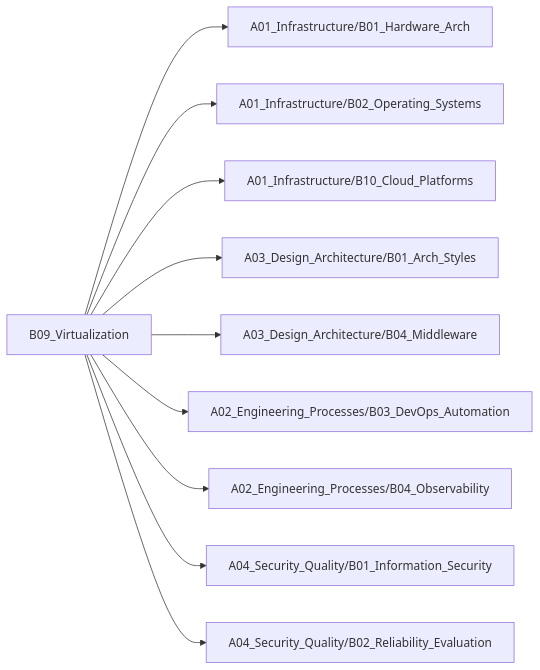
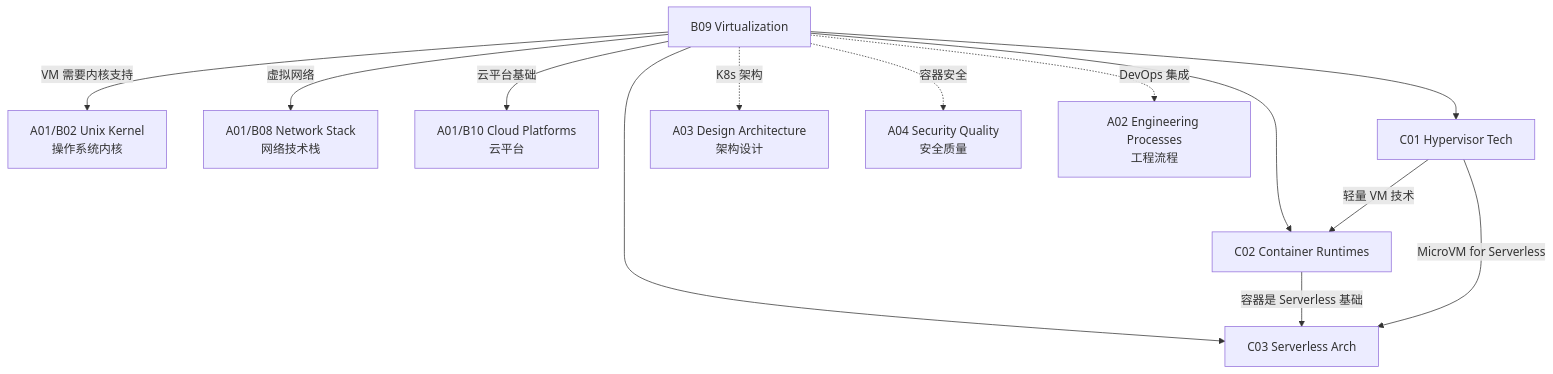
Before and after one commit to yesiops/zco-super-stack: the diagram in A01_Infrastructure/B09_Virtualization/README.md, drawn with Mermaid. The commit also changed other lines of this file, not shown here.

Commit message:
docs: 扩充 B09_Virtualization README.md - 添加Hypervisor、容器运行时和Serverless内容

````diff
--- a/A01_Infrastructure/B09_Virtualization/README.md
+++ b/A01_Infrastructure/B09_Virtualization/README.md
@@ -88,21 +166,23 @@
 ```mermaid
-graph LR
-    B[B09_Virtualization]
-
-    %% 基础设施
-    B --> A01[A01_Infrastructure/B01_Hardware_Arch]
-    B --> A02[A01_Infrastructure/B02_Operating_Systems]
-    B --> A03[A01_Infrastructure/B10_Cloud_Platforms]
-
-    %% 架构设计
-    B --> A04[A03_Design_Architecture/B01_Arch_Styles]
-    B --> A05[A03_Design_Architecture/B04_Middleware]
-
-    %% 工程实践
-    B --> A06[A02_Engineering_Processes/B03_DevOps_Automation]
-    B --> A07[A02_Engineering_Processes/B04_Observability]
-
-    %% 安全质量
-    B --> A08[A04_Security_Quality/B01_Information_Security]
-    B --> A09[A04_Security_Quality/B02_Reliability_Evaluation]
+graph TB
+    B[B09 Virtualization]
+    
+    %% 同层关联
+    B -->|VM 需要内核支持| B02[A01/B02 Unix Kernel<br/>操作系统内核]
+    B -->|虚拟网络| B08[A01/B08 Network Stack<br/>网络技术栈]
+    B -->|云平台基础| B10[A01/B10 Cloud Platforms<br/>云平台]
+    
+    %% 专项关联
+    B --> C01[C01 Hypervisor Tech]
+    B --> C02[C02 Container Runtimes]
+    B --> C03[C03 Serverless Arch]
+    
+    C01 -->|轻量 VM 技术| C02
+    C02 -->|容器是 Serverless 基础| C03
+    C01 -->|MicroVM for Serverless| C03
+    
+    %% 跨层关联
+    B -.->|K8s 架构| A03[A03 Design Architecture<br/>架构设计]
+    B -.->|容器安全| A04[A04 Security Quality<br/>安全质量]
+    B -.->|DevOps 集成| A02[A02 Engineering Processes<br/>工程流程]
 ```
````
